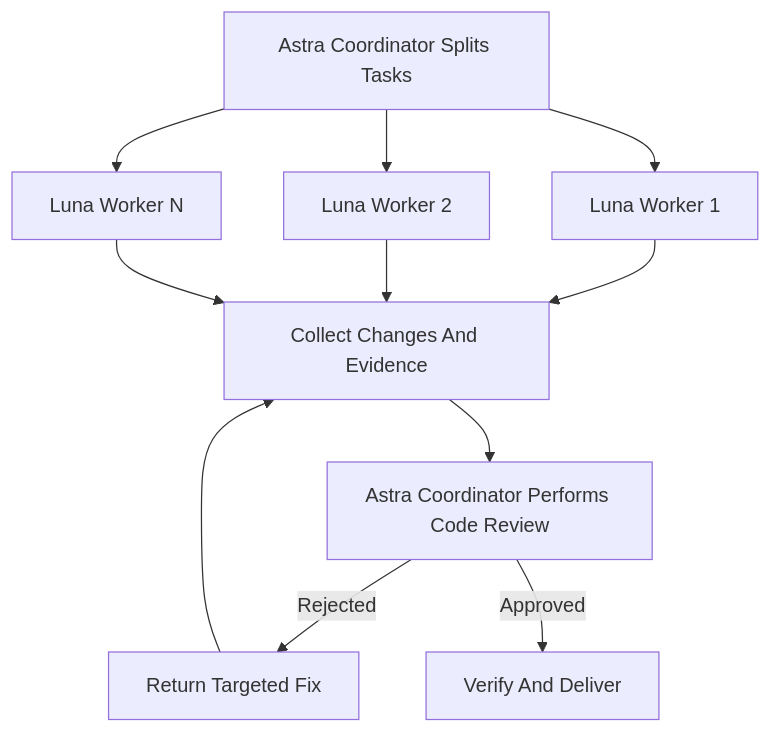
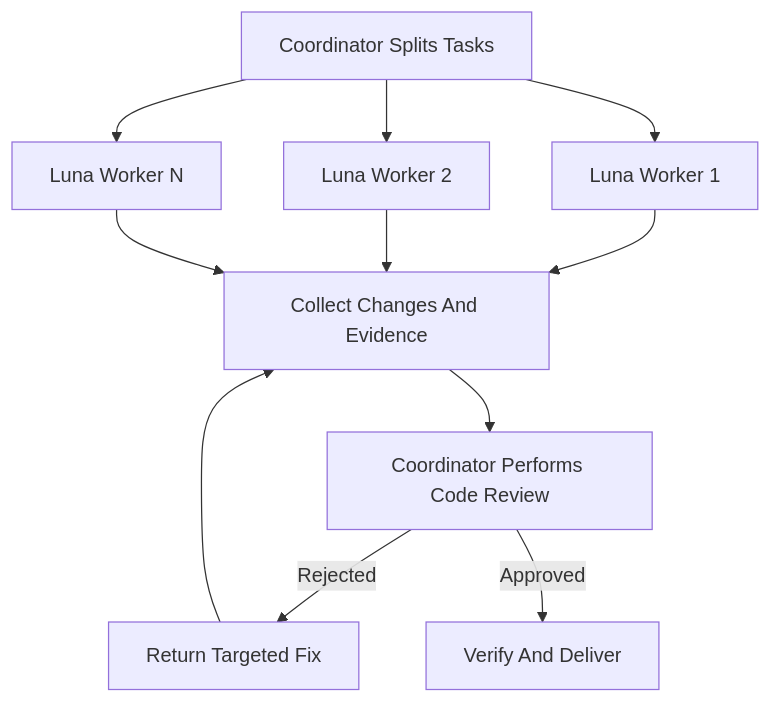
One commit to hanjeahwan/common-skills changed the diagram in .agents/skills/codex-luna-swarm/SKILL.md. Above: the diagram before and after it, drawn with Mermaid. The commit also changed other lines of this file and 7 other files, not shown here.

````diff
--- a/.agents/skills/codex-luna-swarm/SKILL.md
+++ b/.agents/skills/codex-luna-swarm/SKILL.md
@@ -10,13 +10,13 @@
 ```mermaid
 flowchart TD
-    S[Astra Coordinator Splits Tasks] --> L1[Luna Worker 1]
+    S[Coordinator Splits Tasks] --> L1[Luna Worker 1]
     S --> L2[Luna Worker 2]
     S --> LN[Luna Worker N]
     L1 --> G[Collect Changes And Evidence]
     L2 --> G
     LN --> G
-    G --> R[Astra Coordinator Performs Code Review]
+    G --> R[Coordinator Performs Code Review]
     R -->|Rejected| F[Return Targeted Fix]
     F --> G
     R -->|Approved| V[Verify And Deliver]
 ```
````
